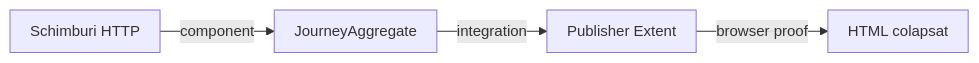
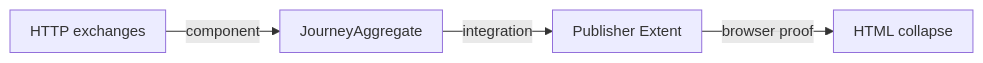
The fourth of 4 diagrams in atf-reporting-tests/README.md (crististefanita/atf_j0), drawn with Mermaid before and after one commit. The commit also changed other lines of this file and 113 other files, not shown here.

````diff
--- a/atf-reporting-tests/README.md
+++ b/atf-reporting-tests/README.md
@@ -866,7 +705,7 @@
 ```mermaid
 %%{init: {"themeVariables":{"fontSize":"15px"},"themeCSS":".nodeLabel, .nodeLabel p { font-size: 15px !important; line-height: 1.35 !important; } .edgeLabel, .edgeLabel p { font-size: 12px !important; font-weight: 400 !important; line-height: 1.2 !important; } .edgeLabel .labelBkg, .edgeLabel p { background: transparent !important; } .edgeLabel foreignObject { transform: translateY(-10px); overflow: visible; } .node rect { rx: 6px; ry: 6px; }","flowchart":{"curve":"linear","nodeSpacing":24,"rankSpacing":40,"padding":10}}}%%
 flowchart LR
-    Evidence["Schimburi HTTP"] -->|component| Aggregate["JourneyAggregate"]
+    Evidence["HTTP exchanges"] -->|component| Aggregate["JourneyAggregate"]
     Aggregate -->|integration| Publisher["Publisher Extent"]
-    Publisher -->|browser proof| Render["HTML colapsat"]
+    Publisher -->|browser proof| Render["HTML collapse"]
 ```
````
